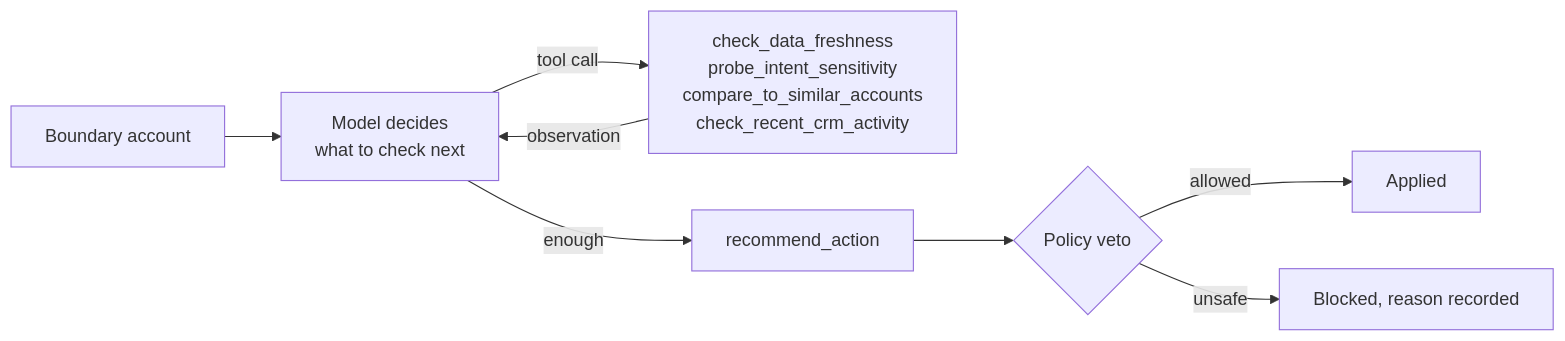
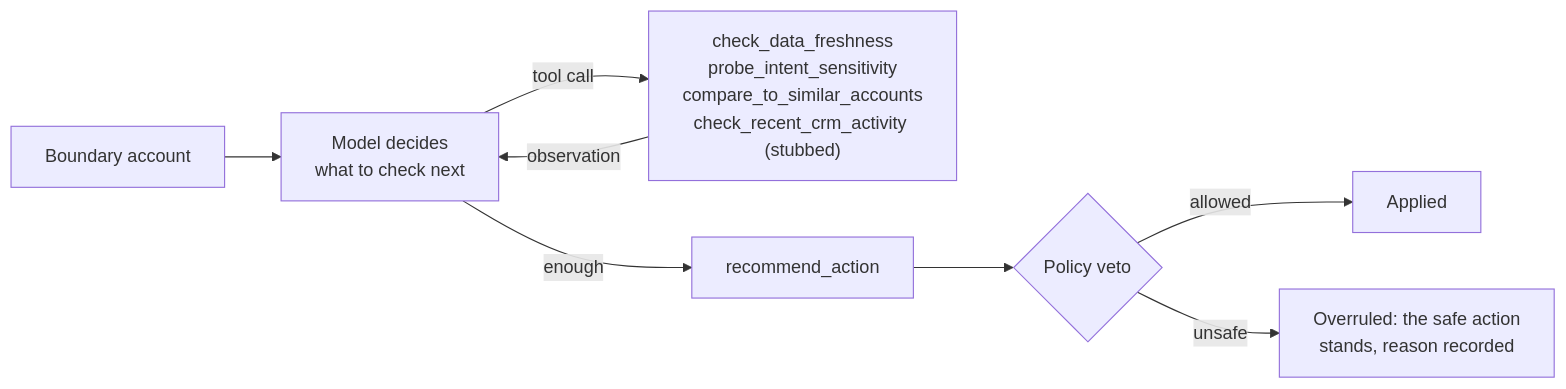
The fourth of 5 diagrams in README.md (kb2326/cordilla-account-scoring), drawn with Mermaid before and after one commit. The commit also changed other lines of this file, not shown here.

First line of the commit message:
Correct three README diagrams that did not match the code

````diff
--- a/README.md
+++ b/README.md
@@ -147,10 +165,10 @@
 ```mermaid
 flowchart LR
     S["Boundary account"] --> M["Model decides<br/>what to check next"]
-    M -->|"tool call"| T["check_data_freshness<br/>probe_intent_sensitivity<br/>compare_to_similar_accounts<br/>check_recent_crm_activity"]
+    M -->|"tool call"| T["check_data_freshness<br/>probe_intent_sensitivity<br/>compare_to_similar_accounts<br/>check_recent_crm_activity (stubbed)"]
     T -->|"observation"| M
     M -->|"enough"| R["recommend_action"]
     R --> V{"Policy veto"}
     V -->|"allowed"| OK["Applied"]
-    V -->|"unsafe"| NO["Blocked, reason recorded"]
+    V -->|"unsafe"| NO["Overruled: the safe action<br/>stands, reason recorded"]
 ```
````
